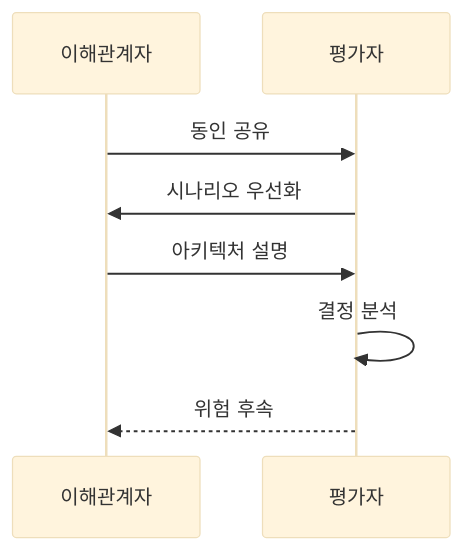
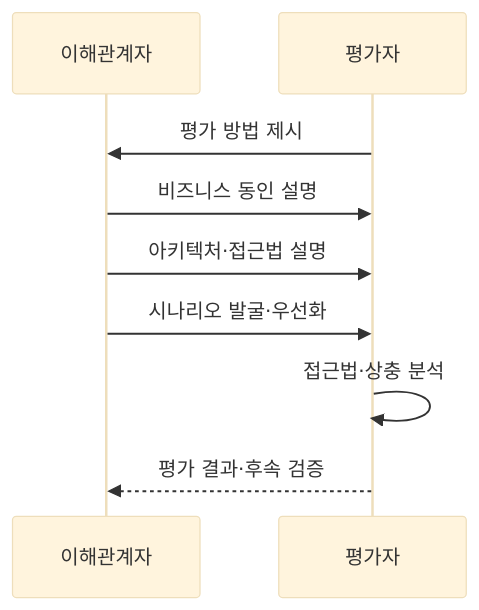
Before and after one commit to agnusdei1207/knowledge-base: the second of 2 diagrams in src/content/docs/notes/06-evaluation/037_atam_tradeoff_analysis.md, drawn with Mermaid (base theme). The commit also changed other lines of this file and 15 other files, not shown here.

````diff
--- a/src/content/docs/notes/06-evaluation/037_atam_tradeoff_analysis.md
+++ b/src/content/docs/notes/06-evaluation/037_atam_tradeoff_analysis.md
@@ -84,10 +83,11 @@
 ```mermaid
 sequenceDiagram
     participant S as 이해관계자
     participant P as 평가자
-    S->>P: 동인 공유
-    P->>S: 시나리오 우선화
-    S->>P: 아키텍처 설명
-    P->>P: 결정 분석
-    P-->>S: 위험 후속
+    P->>S: 평가 방법 제시
+    S->>P: 비즈니스 동인 설명
+    S->>P: 아키텍처·접근법 설명
+    S->>P: 시나리오 발굴·우선화
+    P->>P: 접근법·상충 분석
+    P-->>S: 평가 결과·후속 검증
 ```
````
